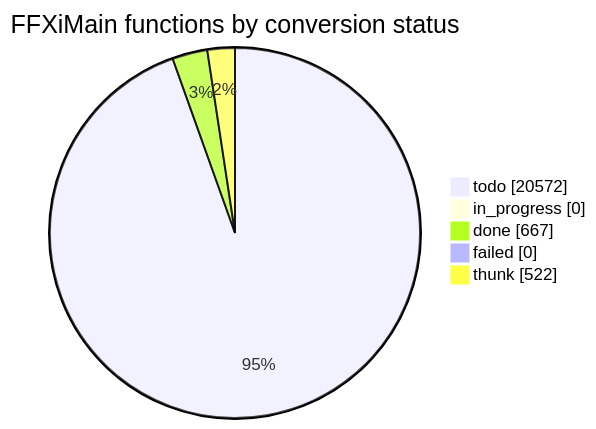
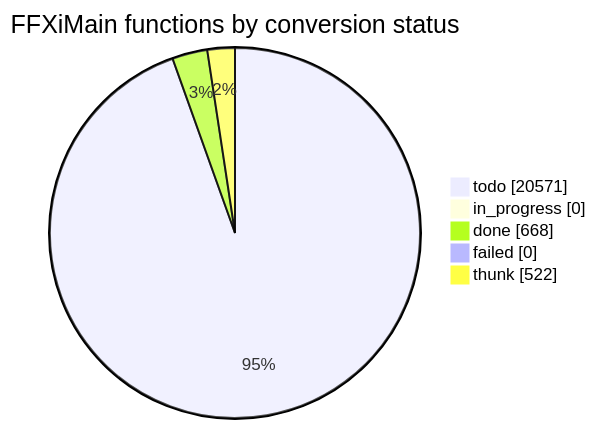
The diagram in docs/cow/STATUS.md (cowrevenge/cow_kuluu_xi_anything), drawn with Mermaid before and after one commit. The commit also changed other lines of this file and 9 other files, not shown here.

````diff
--- a/docs/cow/STATUS.md
+++ b/docs/cow/STATUS.md
@@ -18,9 +18,9 @@
 ```mermaid
 pie showData
     title FFXiMain functions by conversion status
-    "todo" : 20572
+    "todo" : 20571
     "in_progress" : 0
-    "done" : 667
+    "done" : 668
     "failed" : 0
     "thunk" : 522
 ```
````
